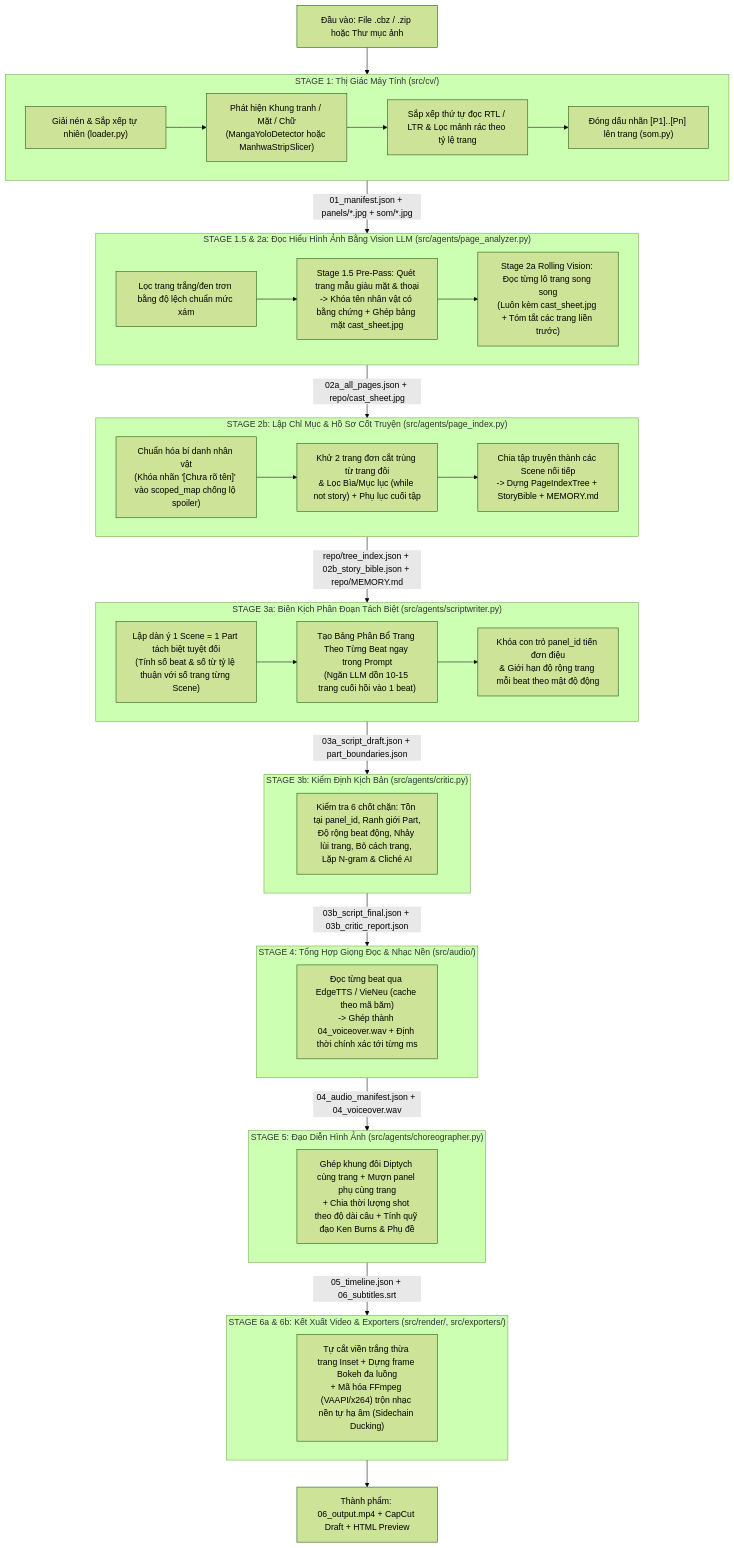
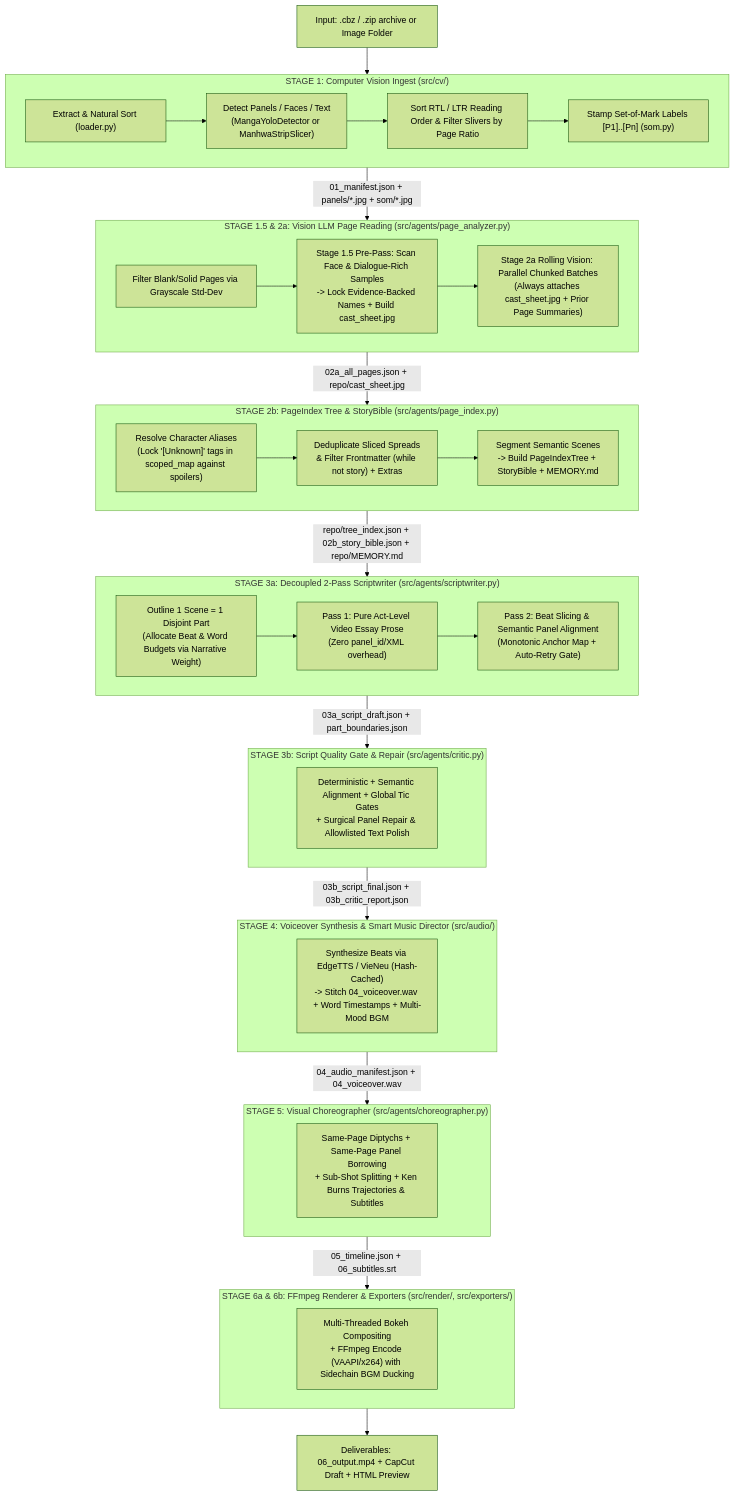
The diagram in docs/ARCHITECTURE.md (daominhwysi/manga-recap), drawn with Mermaid (forest theme) before and after one commit. The commit also changed other lines of this file and 8 other files, not shown here.

````diff
--- a/docs/ARCHITECTURE.md
+++ b/docs/ARCHITECTURE.md
@@ -84,57 +84,57 @@
 ```mermaid
 flowchart TD
-    Input["Đầu vào: File .cbz / .zip hoặc Thư mục ảnh"] --> S1
+    Input["Input: .cbz / .zip archive or Image Folder"] --> S1
 
-    subgraph S1["STAGE 1: Thị Giác Máy Tính (src/cv/)"]
-        S1_Load["Giải nén & Sắp xếp tự nhiên (loader.py)"] --> S1_Detect["Phát hiện Khung tranh / Mặt / Chữ\n(MangaYoloDetector hoặc ManhwaStripSlicer)"]
-        S1_Detect --> S1_Sort["Sắp xếp thứ tự đọc RTL / LTR & Lọc mảnh rác theo tỷ lệ trang"]
-        S1_Sort --> S1_SoM["Đóng dấu nhãn [P1]..[Pn] lên trang (som.py)"]
+    subgraph S1["STAGE 1: Computer Vision Ingest (src/cv/)"]
+        S1_Load["Extract & Natural Sort (loader.py)"] --> S1_Detect["Detect Panels / Faces / Text\n(MangaYoloDetector or ManhwaStripSlicer)"]
+        S1_Detect --> S1_Sort["Sort RTL / LTR Reading Order & Filter Slivers by Page Ratio"]
+        S1_Sort --> S1_SoM["Stamp Set-of-Mark Labels [P1]..[Pn] (som.py)"]
     end
 
     S1 -->|"01_manifest.json + panels/*.jpg + som/*.jpg"| S2A
 
-    subgraph S2A["STAGE 1.5 & 2a: Đọc Hiểu Hình Ảnh Bằng Vision LLM (src/agents/page_analyzer.py)"]
-        S2_Blank["Lọc trang trắng/đen trơn bằng độ lệch chuẩn mức xám"] --> S2_PrePass["Stage 1.5 Pre-Pass: Quét trang mẫu giàu mặt & thoại\n-> Khóa tên nhân vật có bằng chứng + Ghép bảng mặt cast_sheet.jpg"]
-        S2_PrePass --> S2_Roll["Stage 2a Rolling Vision: Đọc từng lô trang song song\n(Luôn kèm cast_sheet.jpg + Tóm tắt các trang liền trước)"]
+    subgraph S2A["STAGE 1.5 & 2a: Vision LLM Page Reading (src/agents/page_analyzer.py)"]
+        S2_Blank["Filter Blank/Solid Pages via Grayscale Std-Dev"] --> S2_PrePass["Stage 1.5 Pre-Pass: Scan Face & Dialogue-Rich Samples\n-> Lock Evidence-Backed Names + Build cast_sheet.jpg"]
+        S2_PrePass --> S2_Roll["Stage 2a Rolling Vision: Parallel Chunked Batches\n(Always attaches cast_sheet.jpg + Prior Page Summaries)"]
     end
 
     S2A -->|"02a_all_pages.json + repo/cast_sheet.jpg"| S2B
 
-    subgraph S2B["STAGE 2b: Lập Chỉ Mục & Hồ Sơ Cốt Truyện (src/agents/page_index.py)"]
-        S2B_Alias["Chuẩn hóa bí danh nhân vật\n(Khóa nhãn '[Chưa rõ tên]' vào scoped_map chống lộ spoiler)"] --> S2B_Dedup["Khử 2 trang đơn cắt trùng từ trang đôi\n& Lọc Bìa/Mục lục (while not story) + Phụ lục cuối tập"]
-        S2B_Dedup --> S2B_Tree["Chia tập truyện thành các Scene nối tiếp\n-> Dựng PageIndexTree + StoryBible + MEMORY.md"]
+    subgraph S2B["STAGE 2b: PageIndex Tree & StoryBible (src/agents/page_index.py)"]
+        S2B_Alias["Resolve Character Aliases\n(Lock '[Unknown]' tags in scoped_map against spoilers)"] --> S2B_Dedup["Deduplicate Sliced Spreads\n& Filter Frontmatter (while not story) + Extras"]
+        S2B_Dedup --> S2B_Tree["Segment Semantic Scenes\n-> Build PageIndexTree + StoryBible + MEMORY.md"]
     end
 
     S2B -->|"repo/tree_index.json + 02b_story_bible.json + repo/MEMORY.md"| S3A
 
-    subgraph S3A["STAGE 3a: Biên Kịch Phân Đoạn Tách Biệt (src/agents/scriptwriter.py)"]
-        S3_Outline["Lập dàn ý 1 Scene = 1 Part tách biệt tuyệt đối\n(Tính số beat & số từ tỷ lệ thuận với số trang từng Scene)"] --> S3_Pacing["Tạo Bảng Phân Bổ Trang Theo Từng Beat ngay trong Prompt\n(Ngăn LLM dồn 10-15 trang cuối hồi vào 1 beat)"]
-        S3_Pacing --> S3_Sanitize["Khóa con trỏ panel_id tiến đơn điệu\n& Giới hạn độ rộng trang mỗi beat theo mật độ động"]
+    subgraph S3A["STAGE 3a: Decoupled 2-Pass Scriptwriter (src/agents/scriptwriter.py)"]
+        S3_Outline["Outline 1 Scene = 1 Disjoint Part\n(Allocate Beat & Word Budgets via Narrative Weight)"] --> S3_Pacing["Pass 1: Pure Act-Level Video Essay Prose\n(Zero panel_id/XML overhead)"]
+        S3_Pacing --> S3_Sanitize["Pass 2: Beat Slicing & Semantic Panel Alignment\n(Monotonic Anchor Map + Auto-Retry Gate)"]
     end
 
     S3A -->|"03a_script_draft.json + part_boundaries.json"| S3B
 
-    subgraph S3B["STAGE 3b: Kiểm Định Kịch Bản (src/agents/critic.py)"]
-        S3B_Check["Kiểm tra 6 chốt chặn: Tồn tại panel_id, Ranh giới Part,\nĐộ rộng beat động, Nhảy lùi trang, Bỏ cách trang, Lặp N-gram & Cliché AI"]
+    subgraph S3B["STAGE 3b: Script Quality Gate & Repair (src/agents/critic.py)"]
+        S3B_Check["Deterministic + Semantic Alignment + Global Tic Gates\n+ Surgical Panel Repair & Allowlisted Text Polish"]
     end
 
     S3B -->|"03b_script_final.json + 03b_critic_report.json"| S4
 
-    subgraph S4["STAGE 4: Tổng Hợp Giọng Đọc & Nhạc Nền (src/audio/)"]
-        S4_TTS["Đọc từng beat qua EdgeTTS / VieNeu (cache theo mã băm)\n-> Ghép thành 04_voiceover.wav + Định thời chính xác tới từng ms"]
+    subgraph S4["STAGE 4: Voiceover Synthesis & Smart Music Director (src/audio/)"]
+        S4_TTS["Synthesize Beats via EdgeTTS / VieNeu (Hash-Cached)\n-> Stitch 04_voiceover.wav + Word Timestamps + Multi-Mood BGM"]
     end
 
     S4 -->|"04_audio_manifest.json + 04_voiceover.wav"| S5
 
-    subgraph S5["STAGE 5: Đạo Diễn Hình Ảnh (src/agents/choreographer.py)"]
-        S5_Choreo["Ghép khung đôi Diptych cùng trang + Mượn panel phụ cùng trang\n+ Chia thời lượng shot theo độ dài câu + Tính quỹ đạo Ken Burns & Phụ đề"]
+    subgraph S5["STAGE 5: Visual Choreographer (src/agents/choreographer.py)"]
+        S5_Choreo["Same-Page Diptychs + Same-Page Panel Borrowing\n+ Sub-Shot Splitting + Ken Burns Trajectories & Subtitles"]
     end
 
     S5 -->|"05_timeline.json + 06_subtitles.srt"| S6
 
-    subgraph S6["STAGE 6a & 6b: Kết Xuất Video & Exporters (src/render/, src/exporters/)"]
-        S6_Render["Tự cắt viền trắng thừa trang Inset + Dựng frame Bokeh đa luồng\n+ Mã hóa FFmpeg (VAAPI/x264) trộn nhạc nền tự hạ âm (Sidechain Ducking)"]
+    subgraph S6["STAGE 6a & 6b: FFmpeg Renderer & Exporters (src/render/, src/exporters/)"]
+        S6_Render["Multi-Threaded Bokeh Compositing\n+ FFmpeg Encode (VAAPI/x264) with Sidechain BGM Ducking"]
     end
 
-    S6 --> Output["Thành phẩm: 06_output.mp4 + CapCut Draft + HTML Preview"]
+    S6 --> Output["Deliverables: 06_output.mp4 + CapCut Draft + HTML Preview"]
 ```
````
